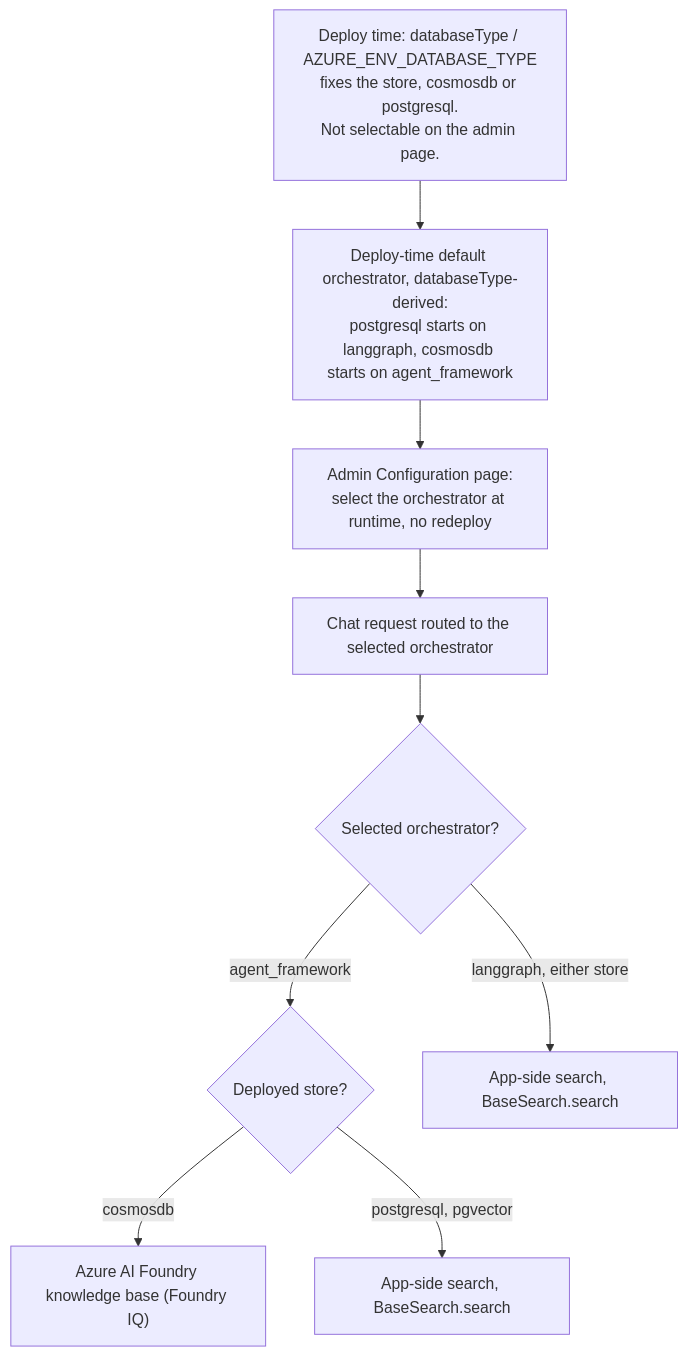
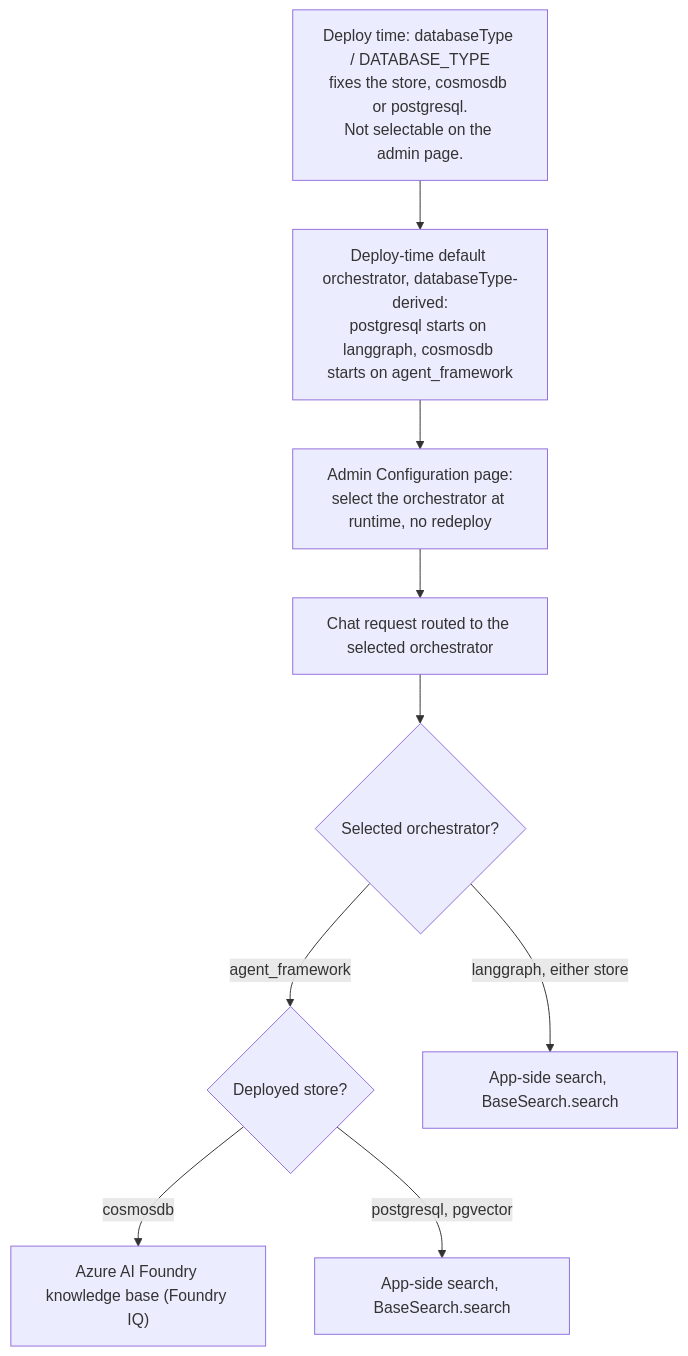
The diagram in docs/admin.md (PadhiAjit-Microsoft/chat-with-your-data-solution-accelerator), drawn with Mermaid before and after one commit. The commit also changed other lines of this file and 19 other files, not shown here.

````diff
--- a/docs/admin.md
+++ b/docs/admin.md
@@ -53,18 +53,18 @@
 ```mermaid
 flowchart TD
-    Deploy["Deploy time: databaseType / AZURE_ENV_DATABASE_TYPE<br/>fixes the store, cosmosdb or postgresql.<br/>Not selectable on the admin page."]
+    Deploy["Deploy time: databaseType / DATABASE_TYPE<br/>fixes the store, cosmosdb or postgresql.<br/>Not selectable on the admin page."]
     Default["Deploy-time default orchestrator, databaseType-derived:<br/>postgresql starts on langgraph, cosmosdb starts on agent_framework"]
     Admin["Admin Configuration page:<br/>select the orchestrator at runtime, no redeploy"]
     Request["Chat request routed to the selected orchestrator"]
     OrchDecision{"Selected orchestrator?"}
     StoreDecision{"Deployed store?"}
     Foundry["Azure AI Foundry knowledge base (Foundry IQ)"]
     AppSearchAF["App-side search, BaseSearch.search"]
     AppSearchLG["App-side search, BaseSearch.search"]
 
     Deploy --> Default --> Admin --> Request --> OrchDecision
     OrchDecision -->|agent_framework| StoreDecision
     OrchDecision -->|langgraph, either store| AppSearchLG
     StoreDecision -->|cosmosdb| Foundry
     StoreDecision -->|postgresql, pgvector| AppSearchAF
 ```
````
